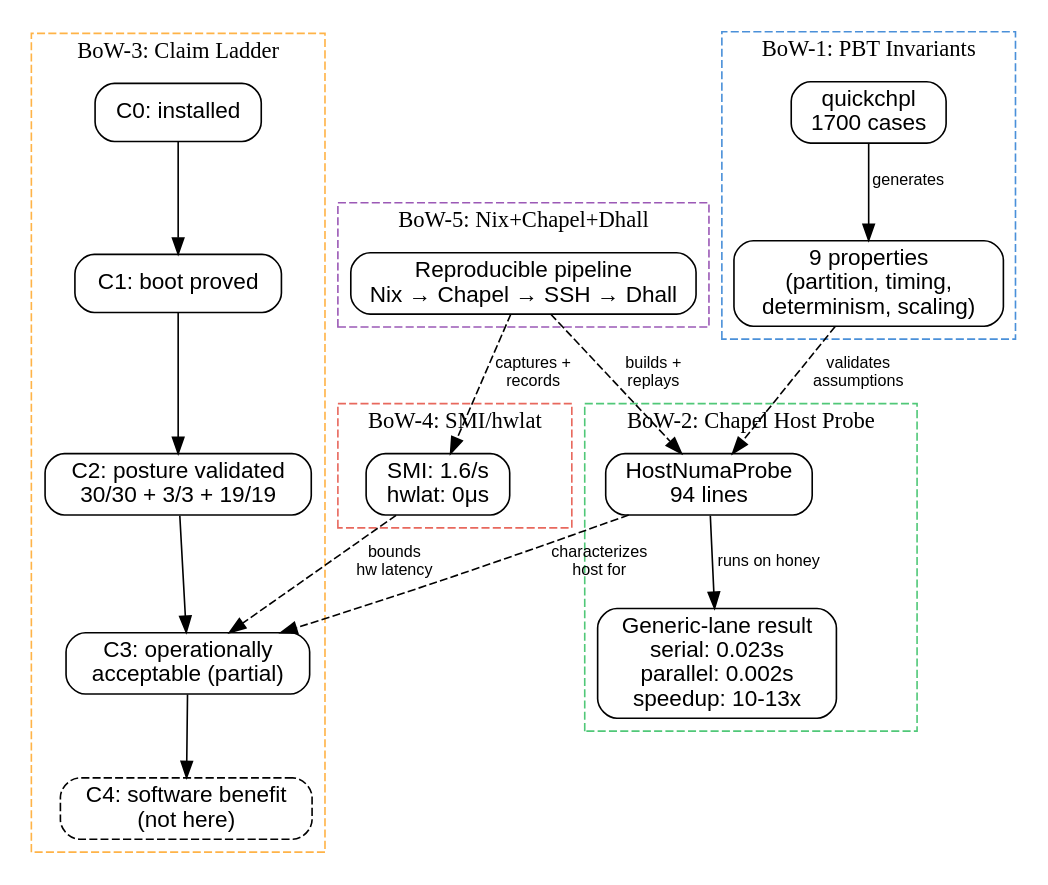
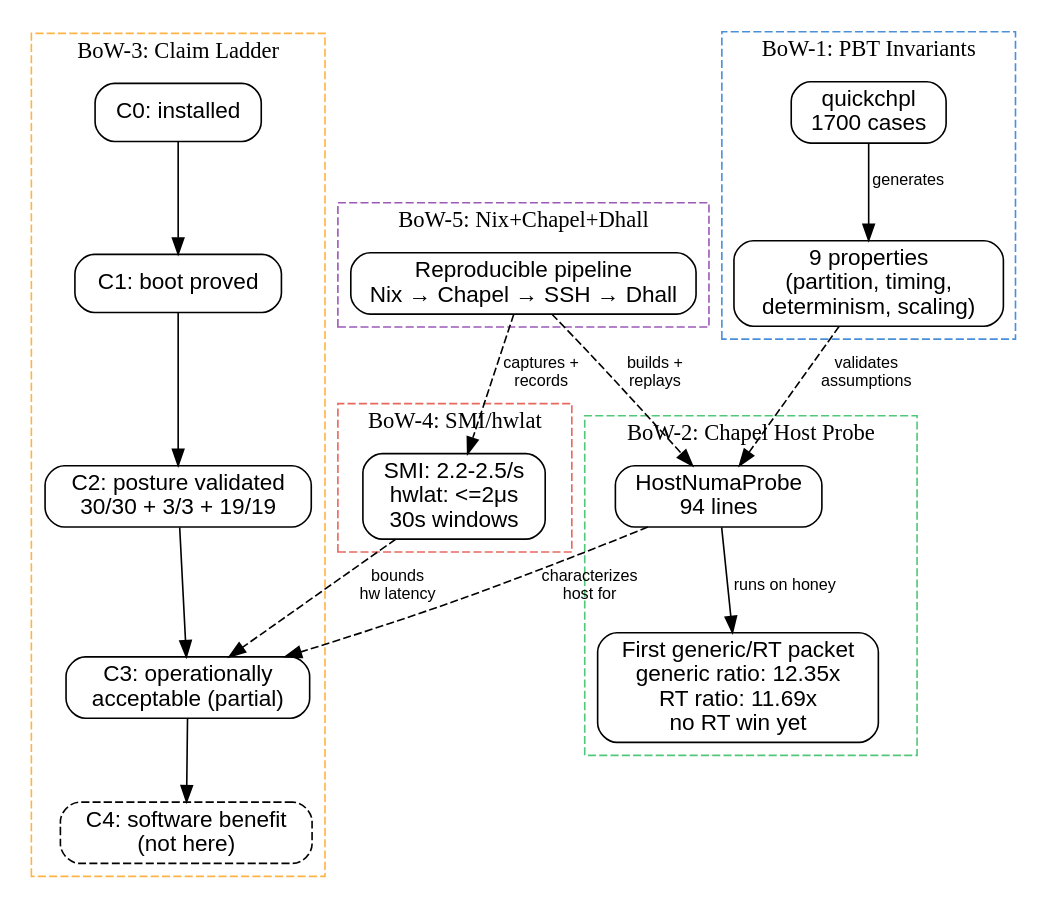
Before and after one commit to Jesssullivan/Dell-7810: the diagram in docs/publication/bodies-of-work-chapel-flow.md, drawn with Graphviz. The commit also changed 6 other files, not shown here.

````diff
--- a/docs/publication/bodies-of-work-chapel-flow.md
+++ b/docs/publication/bodies-of-work-chapel-flow.md
@@ -245,57 +245,57 @@
 ```dot
 digraph chapel_flow {
   rankdir=TB
   node [shape=box, style=rounded, fontname="Helvetica"]
   edge [fontname="Helvetica", fontsize=10]
 
   subgraph cluster_pbt {
     label="BoW-1: PBT Invariants"
     style=dashed
     color="#4A90D9"
     quickchpl [label="quickchpl\n1700 cases"]
     invariants [label="9 properties\n(partition, timing,\ndeterminism, scaling)"]
     quickchpl -> invariants [label="generates"]
   }
 
   subgraph cluster_chapel {
     label="BoW-2: Chapel Host Probe"
     style=dashed
     color="#50C878"
     probe [label="HostNumaProbe\n94 lines"]
-    result [label="Generic-lane result\nserial: 0.023s\nparallel: 0.002s\nspeedup: 10-13x"]
+    result [label="First generic/RT packet\ngeneric ratio: 12.35x\nRT ratio: 11.69x\nno RT win yet"]
     probe -> result [label="runs on honey"]
   }
 
   subgraph cluster_ladder {
     label="BoW-3: Claim Ladder"
     style=dashed
     color="#FFB347"
     C0 [label="C0: installed"]
     C1 [label="C1: boot proved"]
     C2 [label="C2: posture validated\n30/30 + 3/3 + 19/19"]
     C3 [label="C3: operationally\nacceptable (partial)"]
     C4 [label="C4: software benefit\n(not here)", style="rounded,dashed"]
     C0 -> C1 -> C2 -> C3 -> C4
   }
 
   subgraph cluster_smi {
     label="BoW-4: SMI/hwlat"
     style=dashed
     color="#E8685D"
-    smi [label="SMI: 1.6/s\nhwlat: 0μs"]
+    smi [label="SMI: 2.2-2.5/s\nhwlat: <=2μs\n30s windows"]
   }
 
   subgraph cluster_nix {
     label="BoW-5: Nix+Chapel+Dhall"
     style=dashed
     color="#9B59B6"
     pipeline [label="Reproducible pipeline\nNix → Chapel → SSH → Dhall"]
   }
 
   invariants -> probe [label="validates\nassumptions", style=dashed]
   probe -> C3 [label="characterizes\nhost for", style=dashed]
   smi -> C3 [label="bounds\nhw latency", style=dashed]
   pipeline -> probe [label="builds +\nreplays", style=dashed]
   pipeline -> smi [label="captures +\nrecords", style=dashed]
 }
 ```
````
